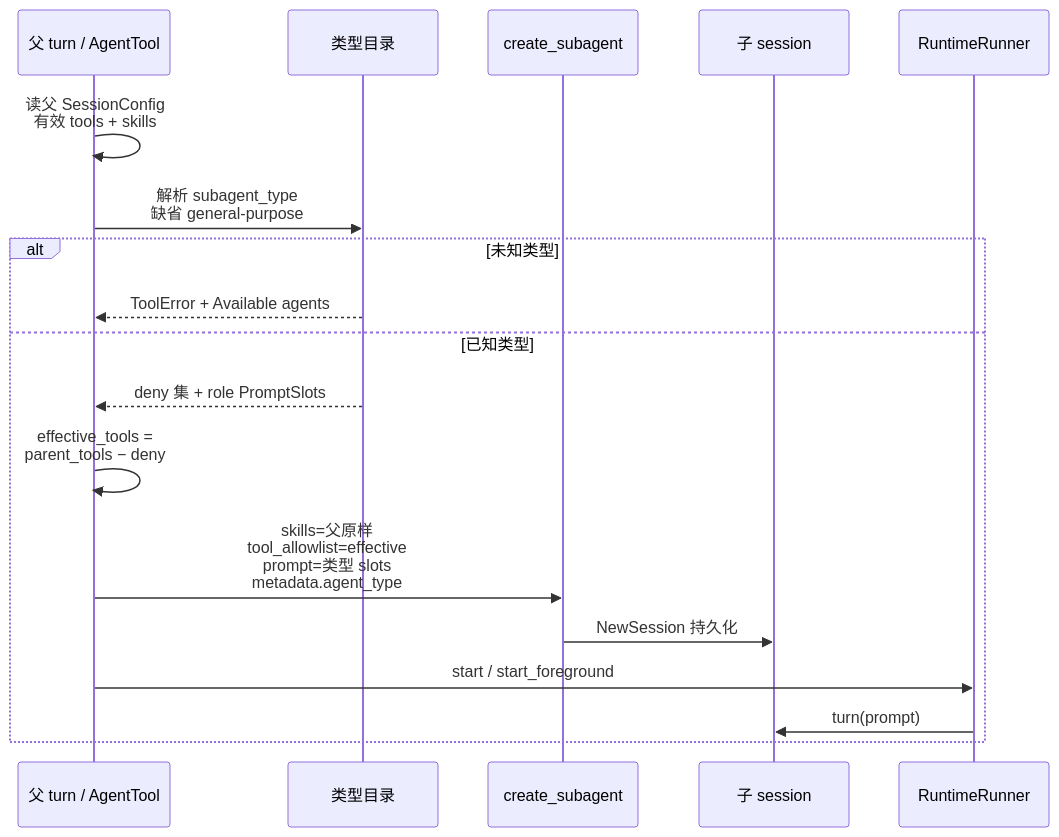
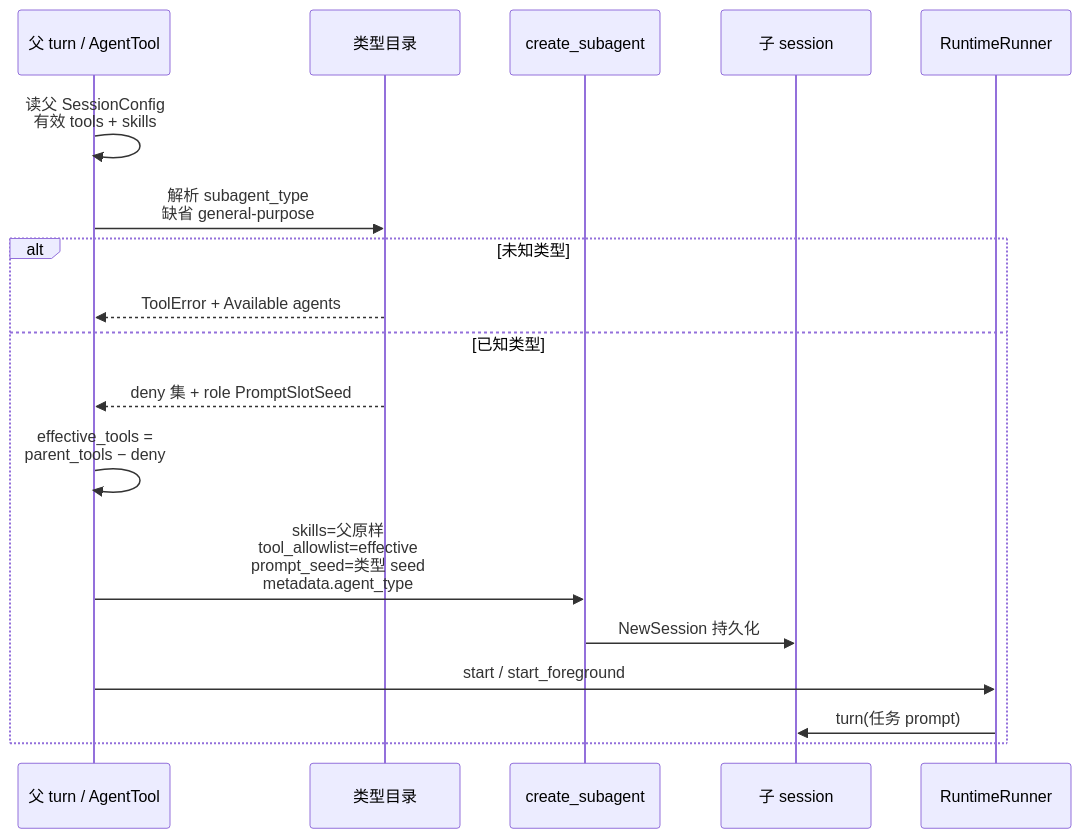
The second of 2 diagrams in docs/changes/feat-474-agent-tool-ergonomics/design.md (Mrchen116/nano-multiagent), drawn with Mermaid before and after one commit. The commit also changed other lines of this file and 4 other files, not shown here.

````diff
--- a/docs/changes/feat-474-agent-tool-ergonomics/design.md
+++ b/docs/changes/feat-474-agent-tool-ergonomics/design.md
@@ -124,21 +126,21 @@
 ```mermaid
 sequenceDiagram
   participant Parent as 父 turn / AgentTool
   participant Cat as 类型目录
   participant Ctrl as create_subagent
   participant Child as 子 session
   participant Run as RuntimeRunner
 
   Parent->>Parent: 读父 SessionConfig<br/>有效 tools + skills
   Parent->>Cat: 解析 subagent_type<br/>缺省 general-purpose
   alt 未知类型
     Cat-->>Parent: ToolError + Available agents
   else 已知类型
-    Cat-->>Parent: deny 集 + role PromptSlots
+    Cat-->>Parent: deny 集 + role PromptSlotSeed
     Parent->>Parent: effective_tools =<br/>parent_tools − deny
-    Parent->>Ctrl: skills=父原样<br/>tool_allowlist=effective<br/>prompt=类型 slots<br/>metadata.agent_type
+    Parent->>Ctrl: skills=父原样<br/>tool_allowlist=effective<br/>prompt_seed=类型 seed<br/>metadata.agent_type
     Ctrl->>Child: NewSession 持久化
     Parent->>Run: start / start_foreground
-    Run->>Child: turn(prompt)
+    Run->>Child: turn(任务 prompt)
   end
 ```
````
